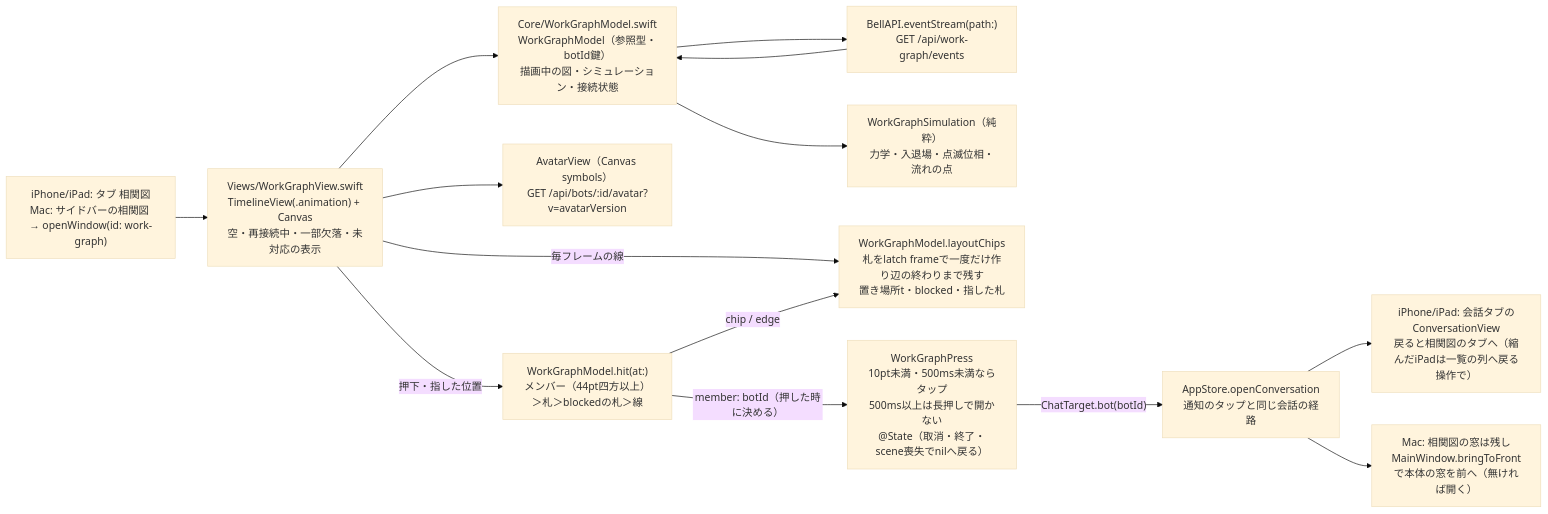
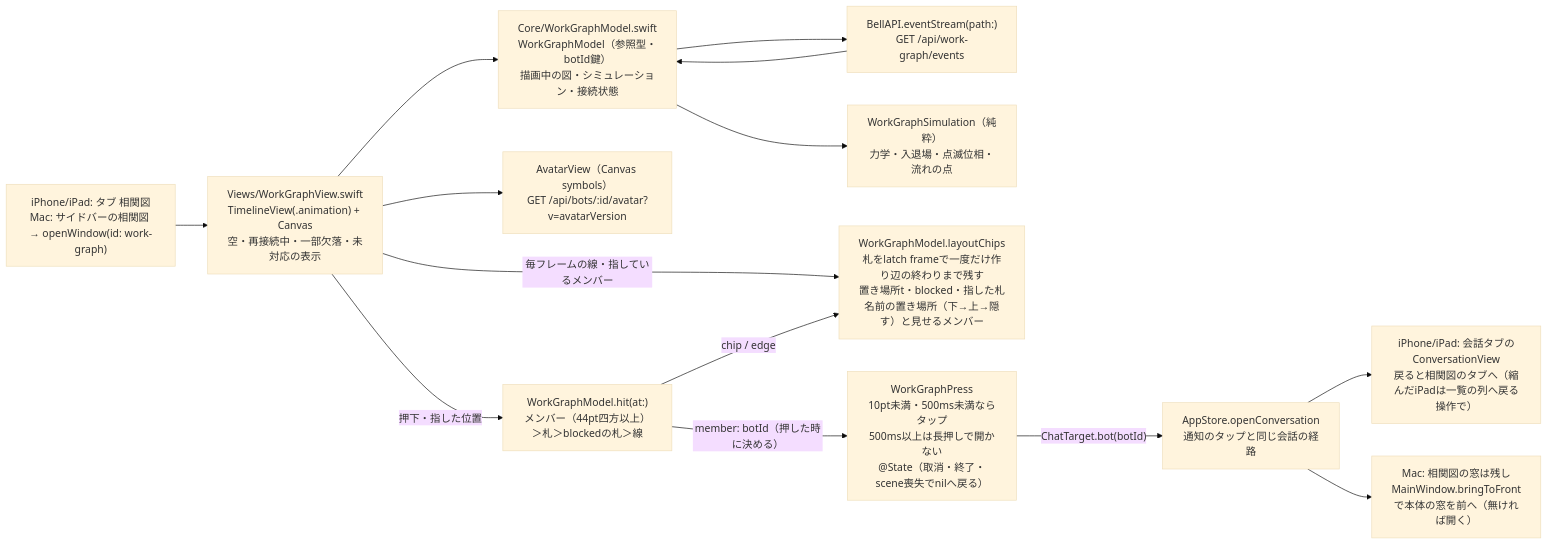
Before and after one commit to kitepon/BellTeam: the diagram in docs/architecture/modules/apple/work-graph.md, drawn with Mermaid (base theme). The commit also changed other lines of this file and 3 other files, not shown here.

First line of the commit message:
Apple work graph: leaving nodes are not chip obstacles, names move above or hide on overlap

````diff
--- a/docs/architecture/modules/apple/work-graph.md
+++ b/docs/architecture/modules/apple/work-graph.md
@@ -7,16 +7,16 @@
 ```mermaid
 flowchart LR
   Nav["iPhone/iPad: タブ 相関図<br/>Mac: サイドバーの相関図 → openWindow(id: work-graph)"] --> View["Views/WorkGraphView.swift<br/>TimelineView(.animation) + Canvas<br/>空・再接続中・一部欠落・未対応の表示"]
   View --> Model["Core/WorkGraphModel.swift<br/>WorkGraphModel（参照型・botId鍵）<br/>描画中の図・シミュレーション・接続状態"]
   Model --> Stream["BellAPI.eventStream(path:)<br/>GET /api/work-graph/events"]
   Stream --> Model
   Model --> Sim["WorkGraphSimulation（純粋）<br/>力学・入退場・点滅位相・流れの点"]
   View --> Avatar["AvatarView（Canvas symbols）<br/>GET /api/bots/:id/avatar?v=avatarVersion"]
-  View -->|"毎フレームの線"| Chips["WorkGraphModel.layoutChips<br/>札をlatch frameで一度だけ作り辺の終わりまで残す<br/>置き場所t・blocked・指した札"]
+  View -->|"毎フレームの線・指しているメンバー"| Chips["WorkGraphModel.layoutChips<br/>札をlatch frameで一度だけ作り辺の終わりまで残す<br/>置き場所t・blocked・指した札<br/>名前の置き場所（下→上→隠す）と見せるメンバー"]
   View -->|"押下・指した位置"| Hit["WorkGraphModel.hit(at:)<br/>メンバー（44pt四方以上）＞札＞blockedの札＞線"]
   Hit -->|"member: botId（押した時に決める）"| Press["WorkGraphPress<br/>10pt未満・500ms未満ならタップ<br/>500ms以上は長押しで開かない<br/>@State（取消・終了・scene喪失でnilへ戻る）"]
   Hit -->|"chip / edge"| Chips
   Press -->|"ChatTarget.bot(botId)"| Route["AppStore.openConversation<br/>通知のタップと同じ会話の経路"]
   Route --> Chat["iPhone/iPad: 会話タブのConversationView<br/>戻ると相関図のタブへ（縮んだiPadは一覧の列へ戻る操作で）"]
   Route --> Main["Mac: 相関図の窓は残し<br/>MainWindow.bringToFrontで本体の窓を前へ（無ければ開く）"]
 ```
````
